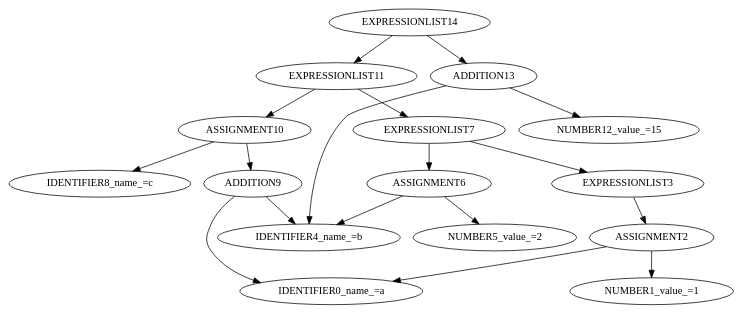
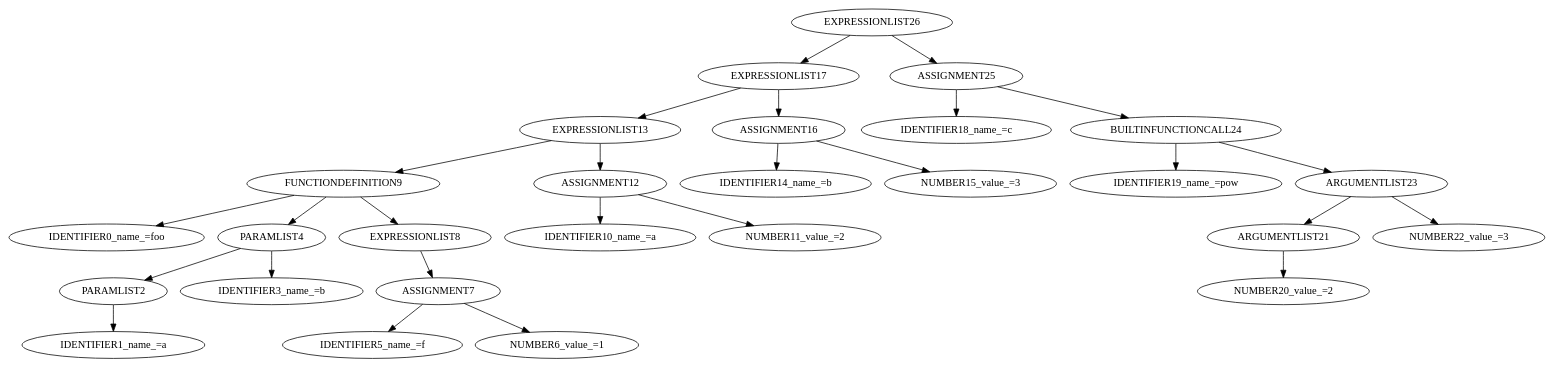
One commit to dhmhgreCompilers1/BisonProjectTemplate changed the diagram in BisonSymbolTableIntro/output.dot. Above: the diagram before and after it, drawn with Graphviz. The commit also changed 16 other files, not shown here.

```diff
--- a/BisonSymbolTableIntro/output.dot
+++ b/BisonSymbolTableIntro/output.dot
@@ -1,19 +1,28 @@
 digraph G {
-"EXPRESSIONLIST14" -> "EXPRESSIONLIST11";
-"EXPRESSIONLIST11" -> "EXPRESSIONLIST7";
-"EXPRESSIONLIST7" -> "EXPRESSIONLIST3";
-"EXPRESSIONLIST3" -> "ASSIGNMENT2";
-"ASSIGNMENT2" -> "IDENTIFIER0_name_=a";
-"ASSIGNMENT2" -> "NUMBER1_value_=1";
-"EXPRESSIONLIST7" -> "ASSIGNMENT6";
-"ASSIGNMENT6" -> "IDENTIFIER4_name_=b";
-"ASSIGNMENT6" -> "NUMBER5_value_=2";
-"EXPRESSIONLIST11" -> "ASSIGNMENT10";
-"ASSIGNMENT10" -> "IDENTIFIER8_name_=c";
-"ASSIGNMENT10" -> "ADDITION9";
-"ADDITION9" -> "IDENTIFIER0_name_=a";
-"ADDITION9" -> "IDENTIFIER4_name_=b";
-"EXPRESSIONLIST14" -> "ADDITION13";
-"ADDITION13" -> "IDENTIFIER4_name_=b";
-"ADDITION13" -> "NUMBER12_value_=15";
+"EXPRESSIONLIST26" -> "EXPRESSIONLIST17";
+"EXPRESSIONLIST17" -> "EXPRESSIONLIST13";
+"EXPRESSIONLIST13" -> "FUNCTIONDEFINITION9";
+"FUNCTIONDEFINITION9" -> "IDENTIFIER0_name_=foo";
+"FUNCTIONDEFINITION9" -> "PARAMLIST4";
+"PARAMLIST4" -> "PARAMLIST2";
+"PARAMLIST2" -> "IDENTIFIER1_name_=a";
+"PARAMLIST4" -> "IDENTIFIER3_name_=b";
+"FUNCTIONDEFINITION9" -> "EXPRESSIONLIST8";
+"EXPRESSIONLIST8" -> "ASSIGNMENT7";
+"ASSIGNMENT7" -> "IDENTIFIER5_name_=f";
+"ASSIGNMENT7" -> "NUMBER6_value_=1";
+"EXPRESSIONLIST13" -> "ASSIGNMENT12";
+"ASSIGNMENT12" -> "IDENTIFIER10_name_=a";
+"ASSIGNMENT12" -> "NUMBER11_value_=2";
+"EXPRESSIONLIST17" -> "ASSIGNMENT16";
+"ASSIGNMENT16" -> "IDENTIFIER14_name_=b";
+"ASSIGNMENT16" -> "NUMBER15_value_=3";
+"EXPRESSIONLIST26" -> "ASSIGNMENT25";
+"ASSIGNMENT25" -> "IDENTIFIER18_name_=c";
+"ASSIGNMENT25" -> "BUILTINFUNCTIONCALL24";
+"BUILTINFUNCTIONCALL24" -> "IDENTIFIER19_name_=pow";
+"BUILTINFUNCTIONCALL24" -> "ARGUMENTLIST23";
+"ARGUMENTLIST23" -> "ARGUMENTLIST21";
+"ARGUMENTLIST21" -> "NUMBER20_value_=2";
+"ARGUMENTLIST23" -> "NUMBER22_value_=3";
 }
```
